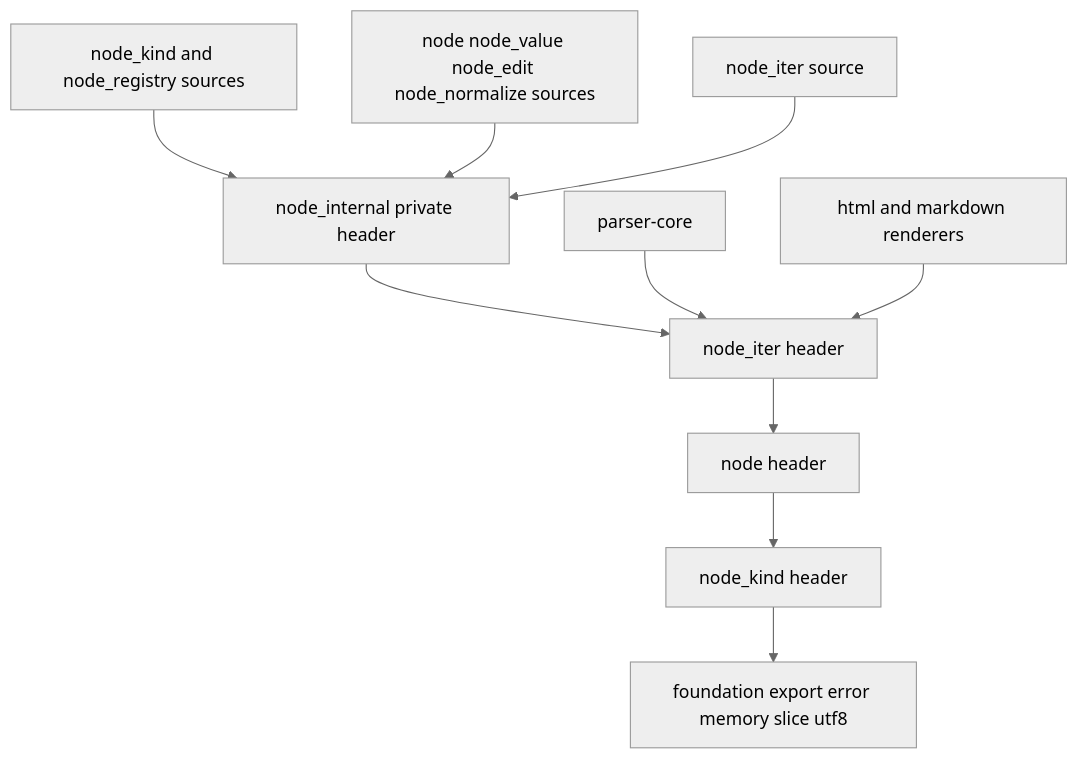
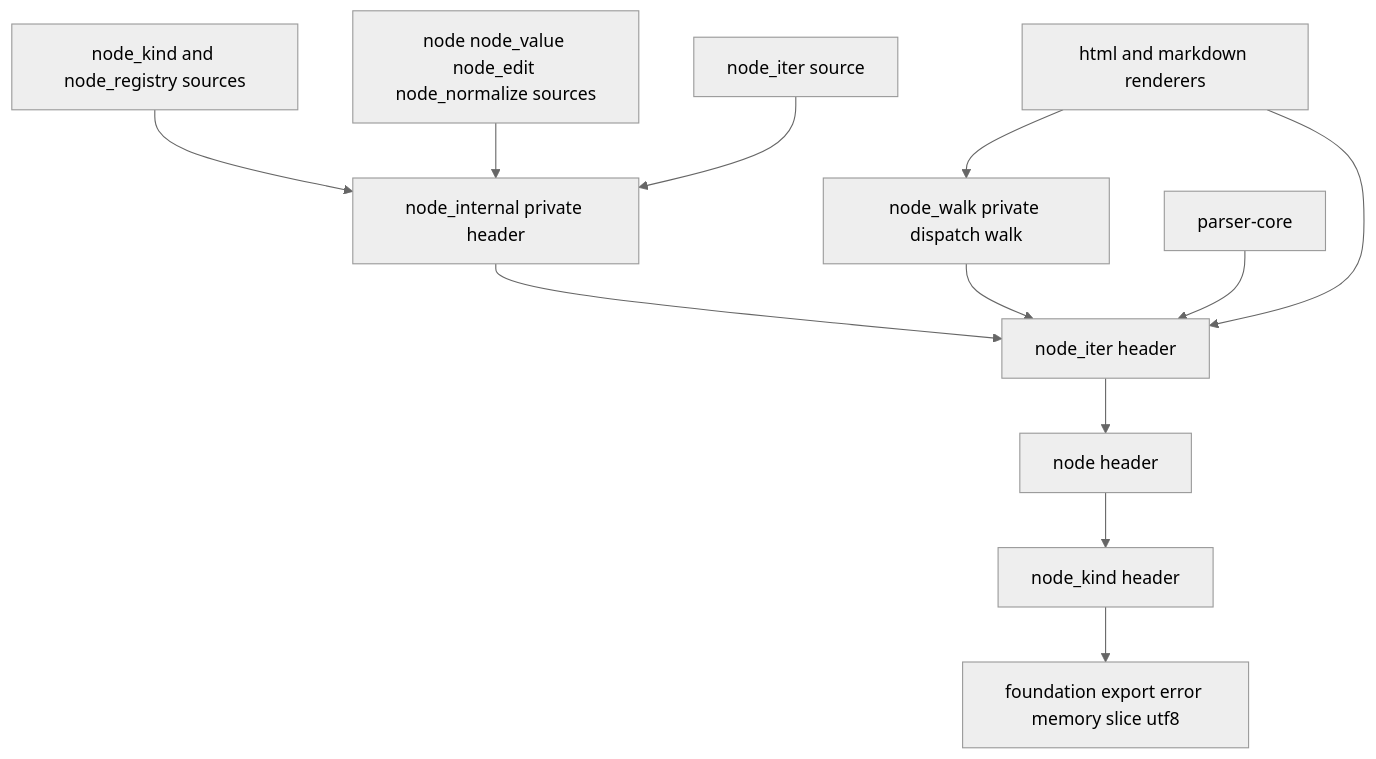
The first of 5 diagrams in .kiro/specs/node-tree/design.md (ktdevx/amark-private3), drawn with Mermaid (neutral theme) before and after one commit. The commit also changed other lines of this file and 16 other files, not shown here.

First line of the commit message:
Move shared render walk into node-tree as private node_walk

````diff
--- a/.kiro/specs/node-tree/design.md
+++ b/.kiro/specs/node-tree/design.md
@@ -63,20 +66,23 @@
 ```mermaid
 graph TB
     Foundation[foundation export error memory slice utf8]
     NodeKind[node_kind header]
     Node[node header]
     NodeIter[node_iter header]
     Internal[node_internal private header]
     KindSrc[node_kind and node_registry sources]
     NodeSrc[node node_value node_edit node_normalize sources]
     IterSrc[node_iter source]
+    NodeWalk[node_walk private dispatch walk]
     NodeKind --> Foundation
     Node --> NodeKind
     NodeIter --> Node
     Internal --> NodeIter
     KindSrc --> Internal
     NodeSrc --> Internal
     IterSrc --> Internal
+    NodeWalk --> NodeIter
     ParserCore[parser-core] --> NodeIter
-    Renderers[html and markdown renderers] --> NodeIter
+    Renderers[html and markdown renderers] --> NodeWalk
+    Renderers --> NodeIter
 ```
````
